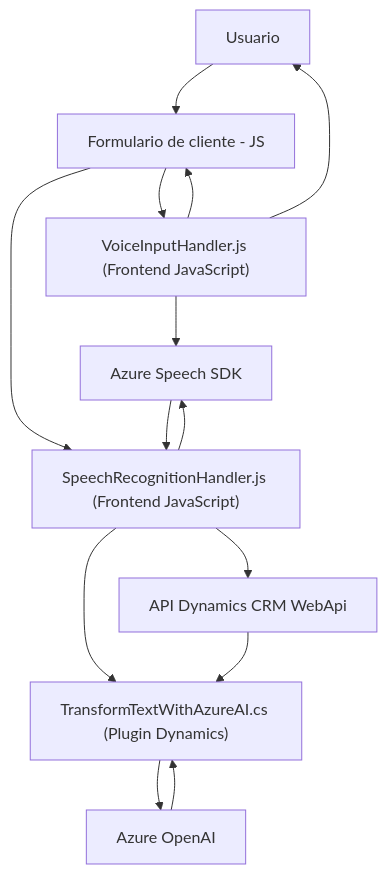
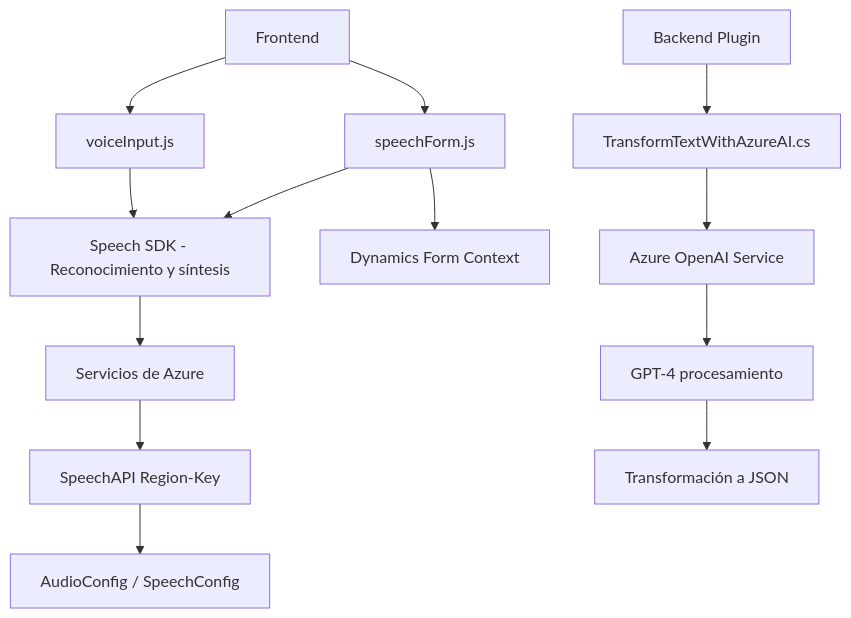
Before and after one commit to blopezdm/NETCORE_BILBAO2025: the diagram in README.md, drawn with Mermaid. The commit also changed other lines of this file, not shown here.

````diff
--- a/README.md
+++ b/README.md
@@ -27,25 +43,16 @@
 ```mermaid
 graph TD
-    A["Usuario"]
-    B["Formulario de cliente - JS"]
-    C["VoiceInputHandler.js (Frontend JavaScript)"]
-    D["SpeechRecognitionHandler.js (Frontend JavaScript)"]
-    E["TransformTextWithAzureAI.cs (Plugin Dynamics)"]
-    F["Azure Speech SDK"]
-    G["API Dynamics CRM WebApi"]
-    H["Azure OpenAI"]
+    A["Frontend"] --> B["voiceInput.js"]
+    B --> C["Azure Speech SDK"]
+    A --> D["speechForm.js"]
+    D --> C["Speech SDK - Reconocimiento y síntesis"]
+    D --> E["Dynamics Form Context"]
+    C --> F["Servicios de Azure"]
+    F --> G["SpeechAPI Region-Key"]
+    G --> H["AudioConfig / SpeechConfig"]
 
-    A --> B
-    B --> C
-    C --> F
-    C --> B
-    C --> A
-    B --> D
-    D --> F
-    F --> D
-    D --> G
-    D --> E
-    G --> E
-    E --> H
-    H --> E
+    Z["Backend Plugin"] --> Y["TransformTextWithAzureAI.cs"]
+    Y --> X["Azure OpenAI Service"]
+    X --> W["GPT-4 procesamiento"]
+    W --> V["Transformación a JSON"]
 ```
````
